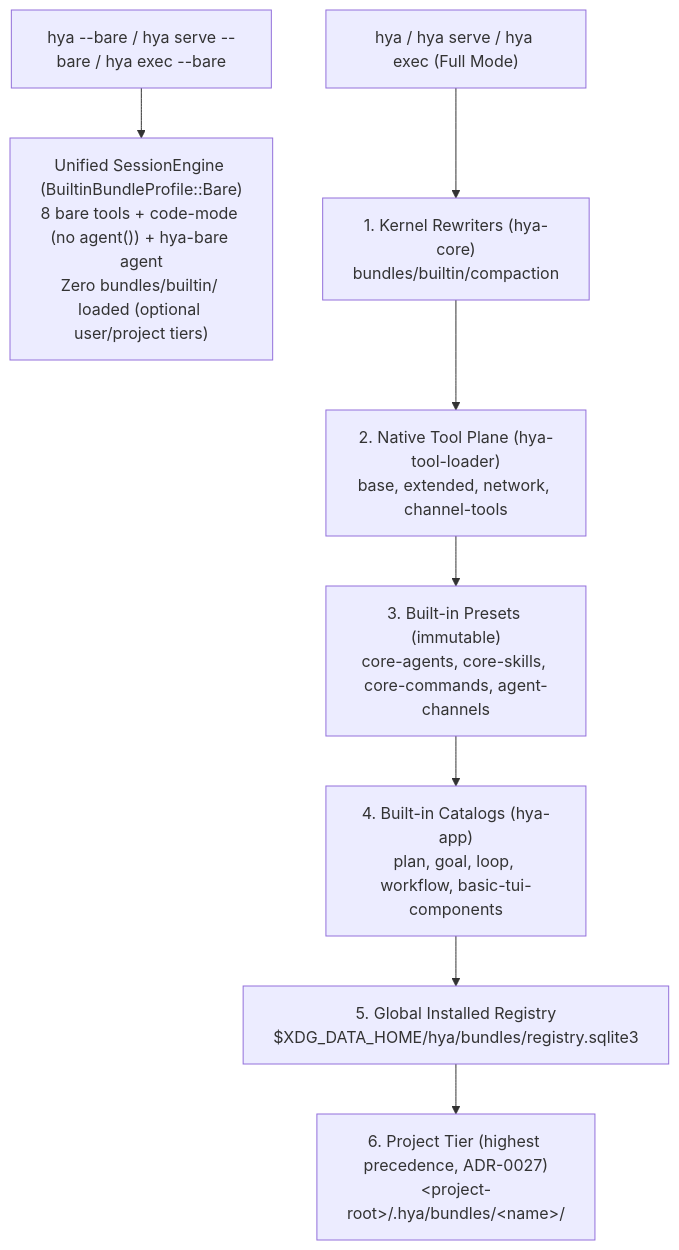
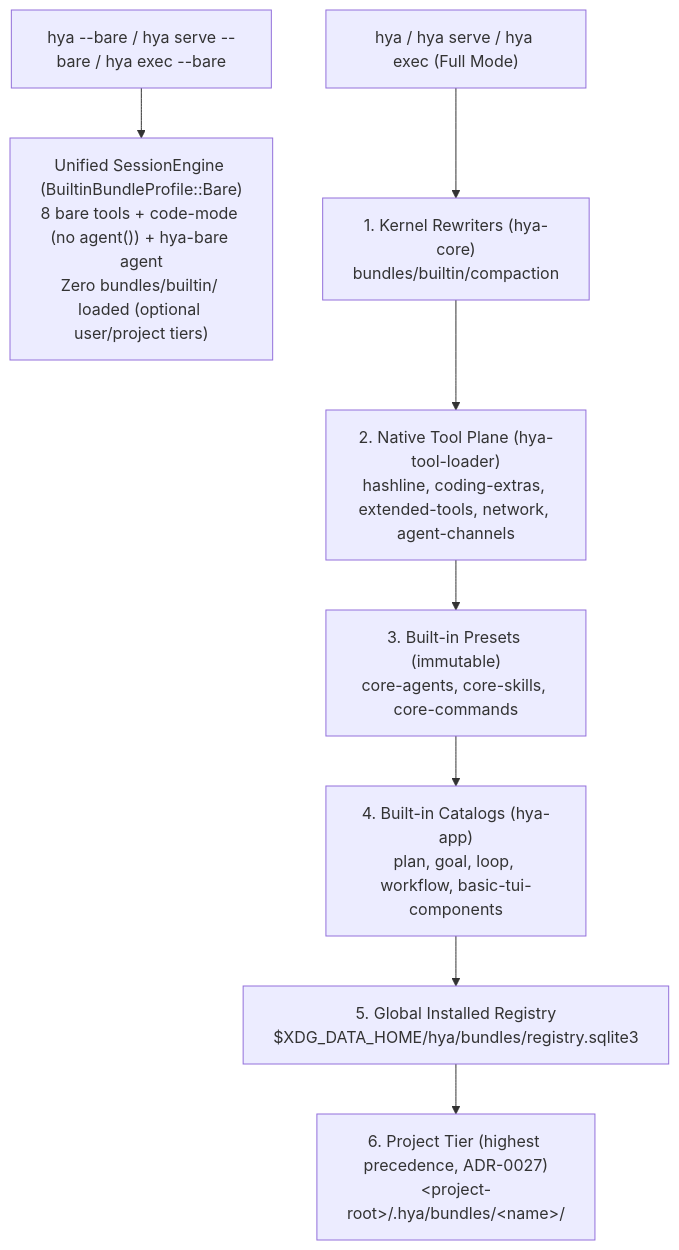
One commit to anyin233/hya changed the diagram in docs/extend/hyabundle-spec.md. Above: the diagram before and after it, drawn with Mermaid. The commit also changed other lines of this file and 93 other files, not shown here.

Commit message:
feat(bundle): extract hya/agent-channels native bundle with mailbox and channel URI handler

````diff
--- a/docs/extend/hyabundle-spec.md
+++ b/docs/extend/hyabundle-spec.md
@@ -476,11 +475,11 @@
 ```mermaid
 flowchart TD
     Bare["hya --bare / hya serve --bare / hya exec --bare"] --> BareProfile["Unified SessionEngine (BuiltinBundleProfile::Bare)<br/>8 bare tools + code-mode (no agent()) + hya-bare agent<br/>Zero bundles/builtin/ loaded (optional user/project tiers)"]
 
     Full["hya / hya serve / hya exec (Full Mode)"] --> L1["1. Kernel Rewriters (hya-core)<br/>bundles/builtin/compaction"]
-    L1 --> L2["2. Native Tool Plane (hya-tool-loader)<br/>base, extended, network, channel-tools"]
-    L2 --> L3["3. Built-in Presets (immutable)<br/>core-agents, core-skills, core-commands, agent-channels"]
+    L1 --> L2["2. Native Tool Plane (hya-tool-loader)<br/>hashline, coding-extras, extended-tools, network, agent-channels"]
+    L2 --> L3["3. Built-in Presets (immutable)<br/>core-agents, core-skills, core-commands"]
     L3 --> L4["4. Built-in Catalogs (hya-app)<br/>plan, goal, loop, workflow, basic-tui-components"]
     L4 --> L5["5. Global Installed Registry<br/>$XDG_DATA_HOME/hya/bundles/registry.sqlite3"]
     L5 --> L6["6. Project Tier (highest precedence, ADR-0027)<br/>&lt;project-root&gt;/.hya/bundles/&lt;name&gt;/"]
 ```
````
